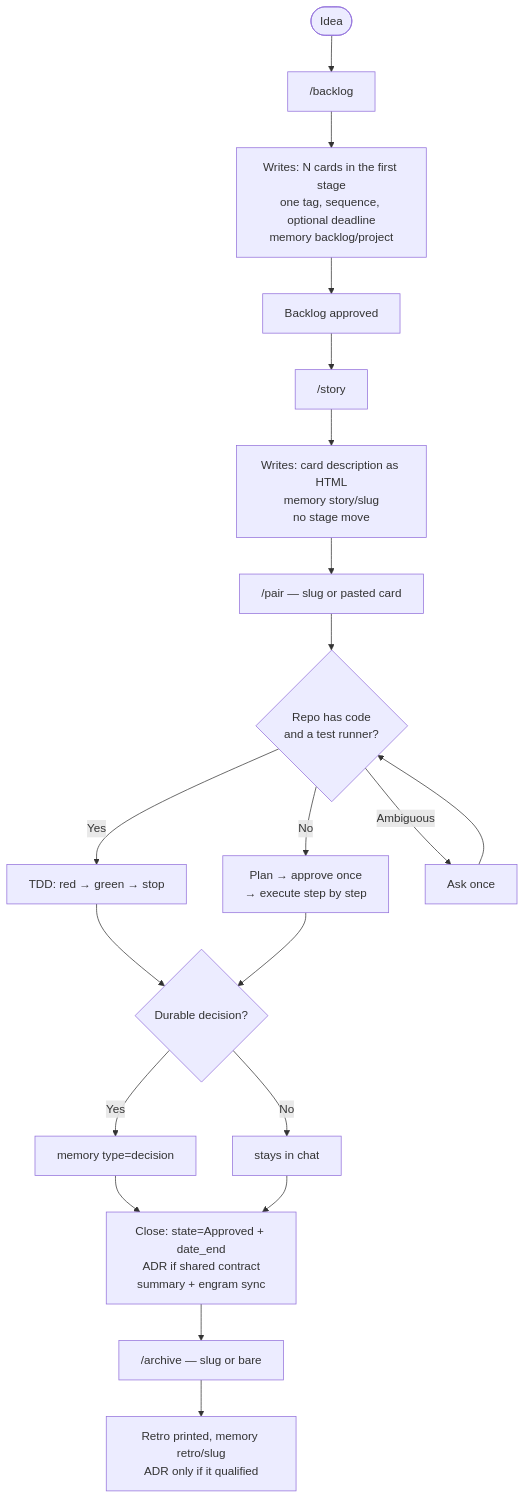
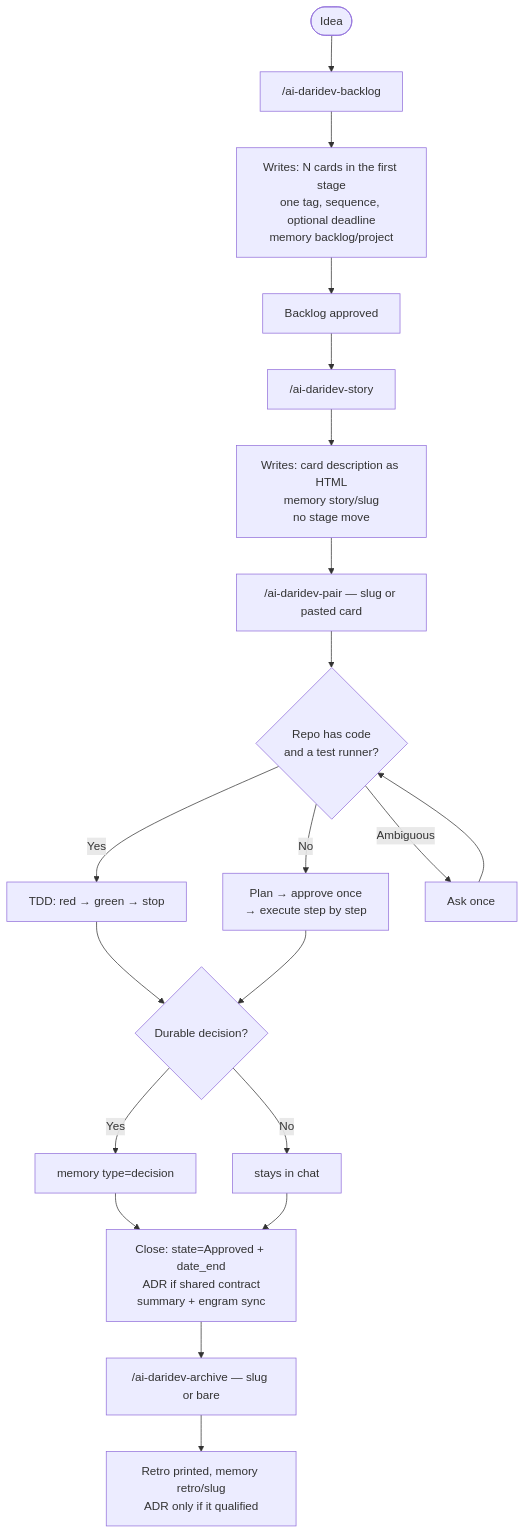
One commit to darideveloper/ai-daridev changed the second of 4 diagrams in docs/architecture.md. Above: the diagram before and after it, drawn with Mermaid. The commit also changed other lines of this file and 25 other files, not shown here.

````diff
--- a/docs/architecture.md
+++ b/docs/architecture.md
@@ -71,23 +71,23 @@
 ```mermaid
 flowchart TD
-    IDEA([Idea]) --> BL["/backlog"]
+    IDEA([Idea]) --> BL["/ai-daridev-backlog"]
     BL --> BLW["Writes: N cards in the first stage<br/>one tag, sequence, optional deadline<br/>memory backlog/project"]
     BLW --> OK["Backlog approved"]
-    OK --> ST["/story"]
+    OK --> ST["/ai-daridev-story"]
     ST --> STW["Writes: card description as HTML<br/>memory story/slug<br/>no stage move"]
-    STW --> PAIR["/pair — slug or pasted card"]
+    STW --> PAIR["/ai-daridev-pair — slug or pasted card"]
     PAIR --> MODE{"Repo has code<br/>and a test runner?"}
     MODE -->|Yes| CODE["TDD: red → green → stop"]
     MODE -->|No| NOCODE["Plan → approve once<br/>→ execute step by step"]
     MODE -->|Ambiguous| ASK["Ask once"]
     ASK --> MODE
     CODE --> DEC{"Durable decision?"}
     NOCODE --> DEC
     DEC -->|Yes| MEM["memory type=decision"]
     DEC -->|No| EPH["stays in chat"]
     MEM --> CLOSE
     EPH --> CLOSE
     CLOSE["Close: state=Approved + date_end<br/>ADR if shared contract<br/>summary + engram sync"]
-    CLOSE --> ARCH["/archive — slug or bare"]
+    CLOSE --> ARCH["/ai-daridev-archive — slug or bare"]
     ARCH --> OUT["Retro printed, memory retro/slug<br/>ADR only if it qualified"]
 ```
````
